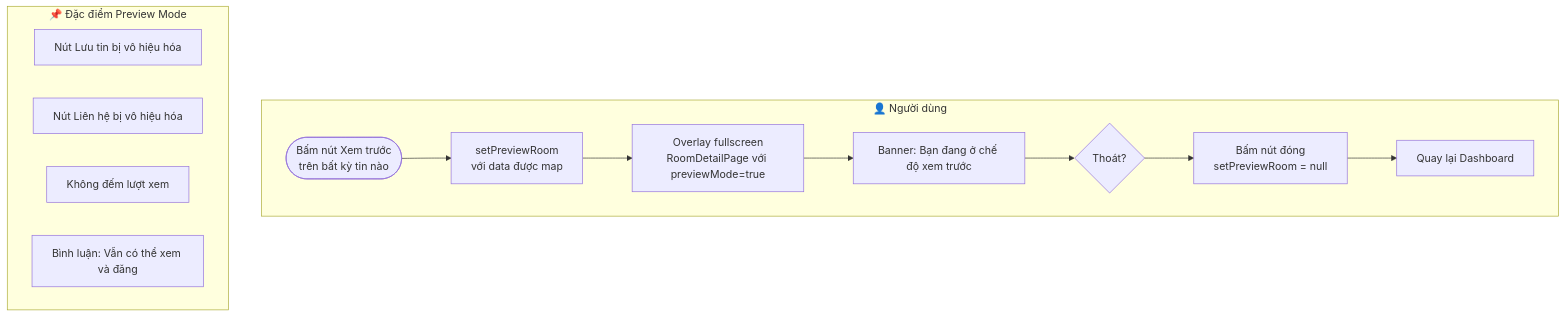
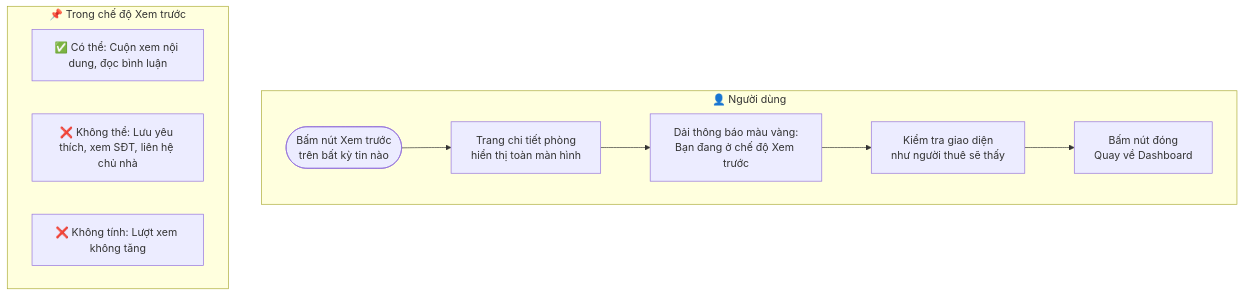
Before and after one commit to natelyt12/trotot: the eighth of 9 diagrams in prj_workflows/04_dashboard_workflow.md, drawn with Mermaid. The commit also changed other lines of this file and 5 other files, not shown here.

Commit message:
fix: sửa lại định dạng cho phù hợp với người low-code

````diff
--- a/prj_workflows/04_dashboard_workflow.md
+++ b/prj_workflows/04_dashboard_workflow.md
@@ -200,18 +199,15 @@
 ```mermaid
 flowchart TD
     subgraph USER["👤 Người dùng"]
-        A([Bấm nút Xem trước\ntrên bất kỳ tin nào]) --> B[setPreviewRoom\nvới data được map]
-        B --> C[Overlay fullscreen\nRoomDetailPage với previewMode=true]
-        C --> D[Banner: Bạn đang ở chế độ xem trước]
-        D --> E{Thoát?}
-        E --> F[Bấm nút đóng\nsetPreviewRoom = null]
-        F --> G[Quay lại Dashboard]
+        A([Bấm nút Xem trước\ntrên bất kỳ tin nào]) --> B[Trang chi tiết phòng\nhiển thị toàn màn hình]
+        B --> C[Dải thông báo màu vàng:\nBạn đang ở chế độ Xem trước]
+        C --> D[Kiểm tra giao diện\nnhư người thuê sẽ thấy]
+        D --> E[Bấm nút đóng\nQuay về Dashboard]
     end
 
-    subgraph NOTE["📌 Đặc điểm Preview Mode"]
-        H[Nút Lưu tin bị vô hiệu hóa]
-        I[Nút Liên hệ bị vô hiệu hóa]
-        J[Không đếm lượt xem]
-        K[Bình luận: Vẫn có thể xem và đăng]
+    subgraph NOTE["📌 Trong chế độ Xem trước"]
+        F[✅ Có thể: Cuộn xem nội dung, đọc bình luận]
+        G[❌ Không thể: Lưu yêu thích, xem SĐT, liên hệ chủ nhà]
+        H[❌ Không tính: Lượt xem không tăng]
     end
 ```
````
